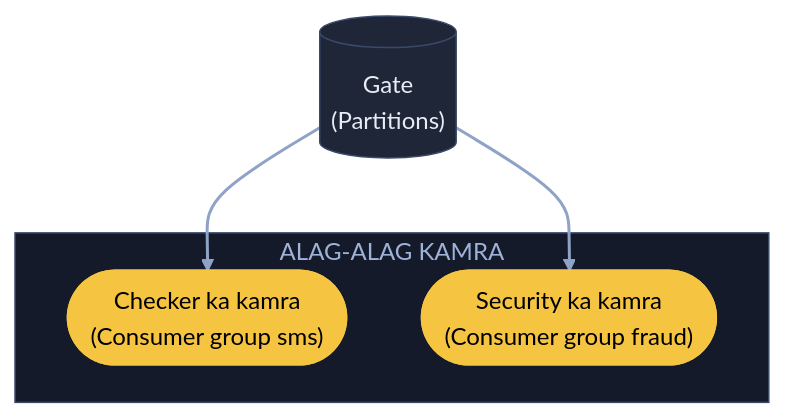
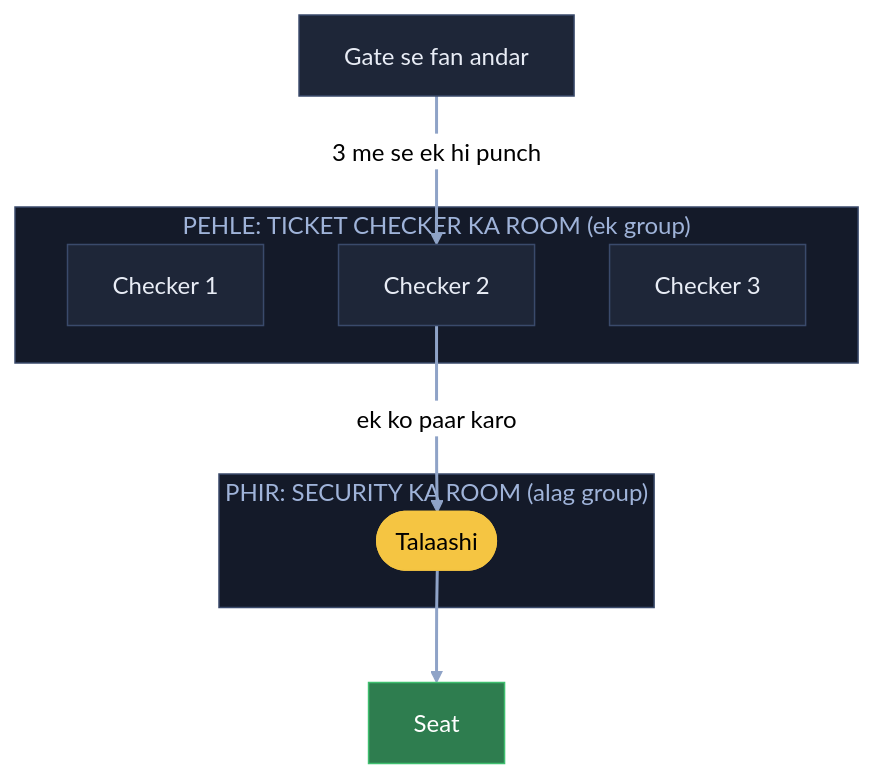
Before and after one commit to ArpanMaheshwari144/Prep: the fourth of 10 diagrams in 04_HLD/SYSTEM_DESIGNS/12_message_queue_kafka/12_message_queue_kafka.md, drawn with Mermaid (neutral theme). The commit also changed other lines of this file, not shown here.

Commit message:
Kafka: 10 diagram stadium kahani (hand notes) se; runner / order cancel / min.insync / 5000 fan jaisi apni jodi baatein hatai, K6 pehli soch wapas

````diff
--- a/04_HLD/SYSTEM_DESIGNS/12_message_queue_kafka/12_message_queue_kafka.md
+++ b/04_HLD/SYSTEM_DESIGNS/12_message_queue_kafka/12_message_queue_kafka.md
@@ -131,16 +138,23 @@
 ```mermaid
 flowchart TB
-    G[("Gate<br/>(Partitions)")]:::card
-    subgraph KM["ALAG-ALAG KAMRA"]
-        C(["Checker ka kamra<br/>(Consumer group sms)"]):::pill
-        T(["Security ka kamra<br/>(Consumer group fraud)"]):::pill
+    G["Gate se fan andar"]:::card
+    subgraph CK["PEHLE: TICKET CHECKER KA ROOM (ek group)"]
+        C1["Checker 1"]:::card
+        C2["Checker 2"]:::card
+        C3["Checker 3"]:::card
     end
-    G --> C
-    G --> T
+    subgraph SK["PHIR: SECURITY KA ROOM (alag group)"]
+        S1(["Talaashi"]):::pill
+    end
+    OK["Seat"]:::good
+    G -- "3 me se ek hi punch" --> C2
+    C2 -- "ek ko paar karo" --> S1
+    S1 --> OK
     linkStyle default stroke:#8fa3c7,stroke-width:2px
     classDef card fill:#1e2638,stroke:#3a4a6b,color:#e8ecf5
     classDef pill fill:#f5c542,stroke:#f5c542,color:#000
     classDef good fill:#2e7d4f,stroke:#3fbf6f,color:#fff
     classDef bad fill:#5c1f24,stroke:#e05561,color:#fff
-    style KM fill:#141a29,stroke:#3a4a6b,color:#9fb3d9
+    style CK fill:#141a29,stroke:#3a4a6b,color:#9fb3d9
+    style SK fill:#141a29,stroke:#3a4a6b,color:#9fb3d9
 ```
````
